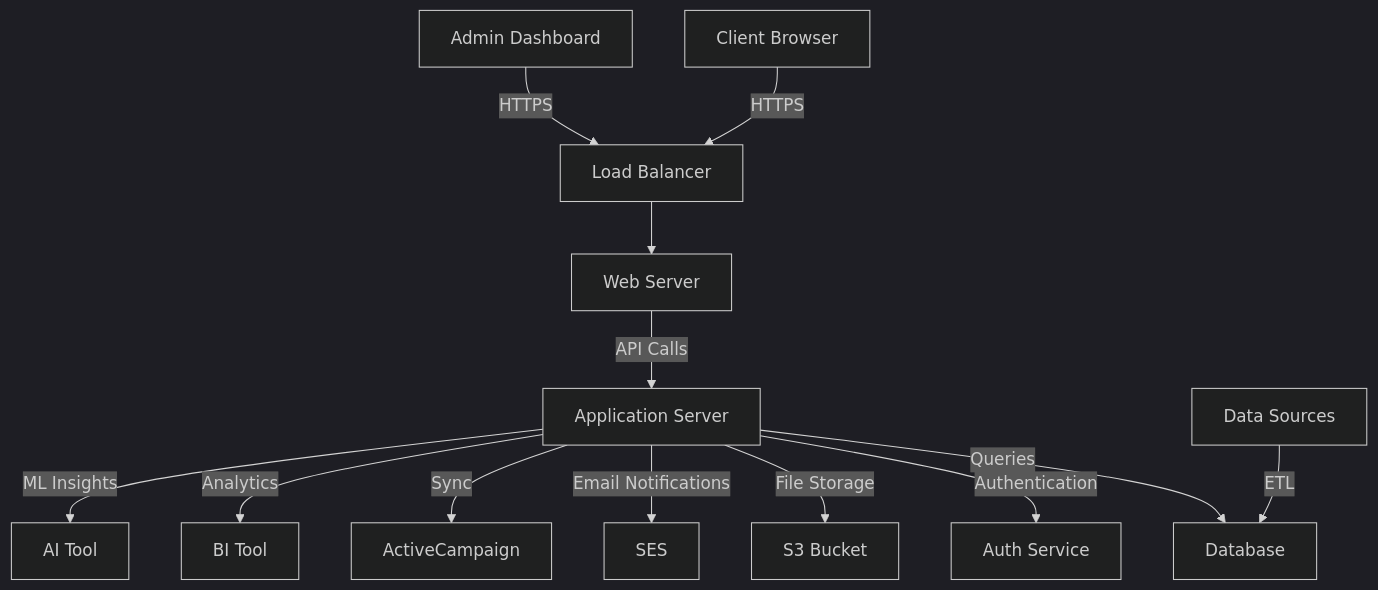
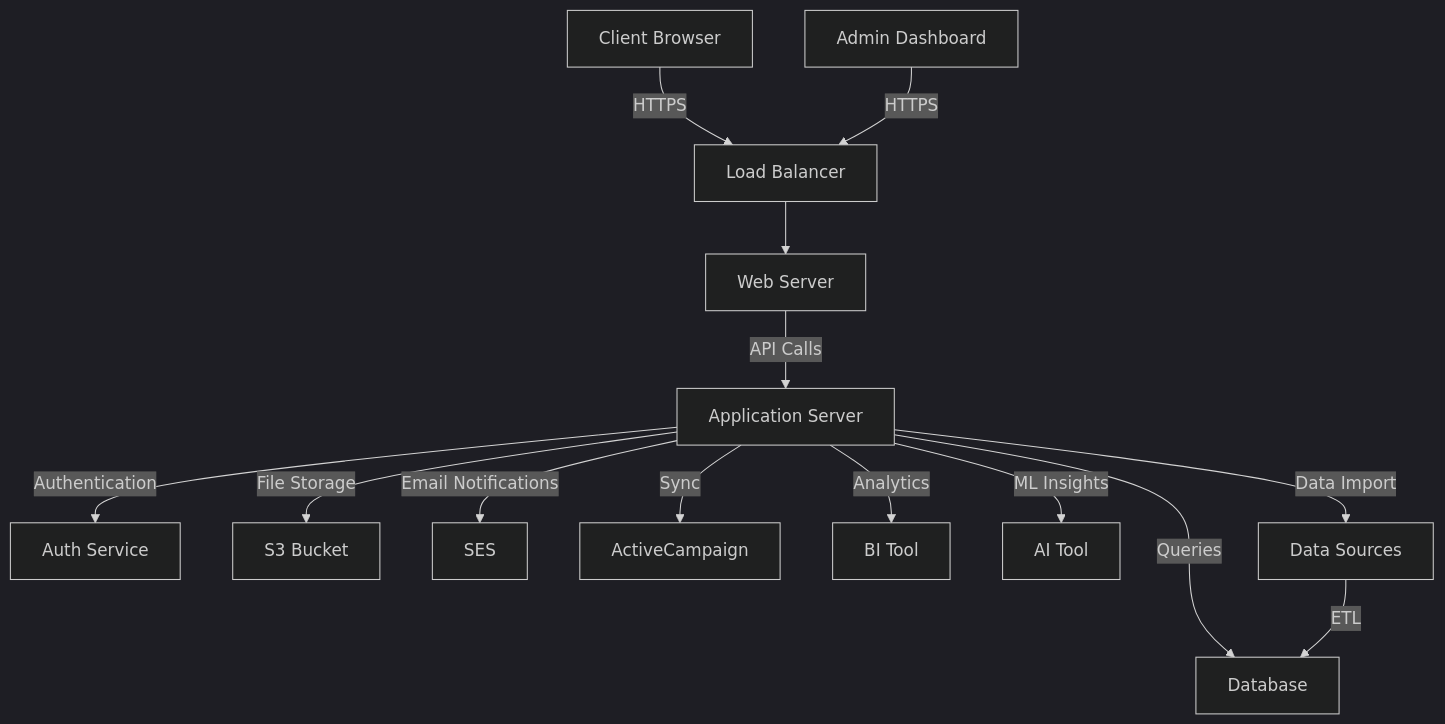
One commit to Tron-AI/technical-implementation-plan changed the first of 5 diagrams in README.md. Above: the diagram before and after it, drawn with Mermaid (dark theme). The commit also changed other lines of this file, not shown here.

````diff
--- a/README.md
+++ b/README.md
@@ -75,15 +75,16 @@
 ```mermaid
 graph TD
     A[Client Browser] -->|HTTPS| B[Load Balancer]
     B --> C[Web Server]
     C -->|API Calls| D[Application Server]
     D -->|Queries| E[Database]
     D -->|Authentication| F[Auth Service]
     D -->|File Storage| G[S3 Bucket]
     D -->|Email Notifications| H[SES]
     I[Admin Dashboard] -->|HTTPS| B
     D -->|Sync| J[ActiveCampaign]
     D -->|Analytics| K[BI Tool]
     D -->|ML Insights| L[AI Tool]
     M[Data Sources] -->|ETL| E
+    D -->|Data Import| M
 ```
````
